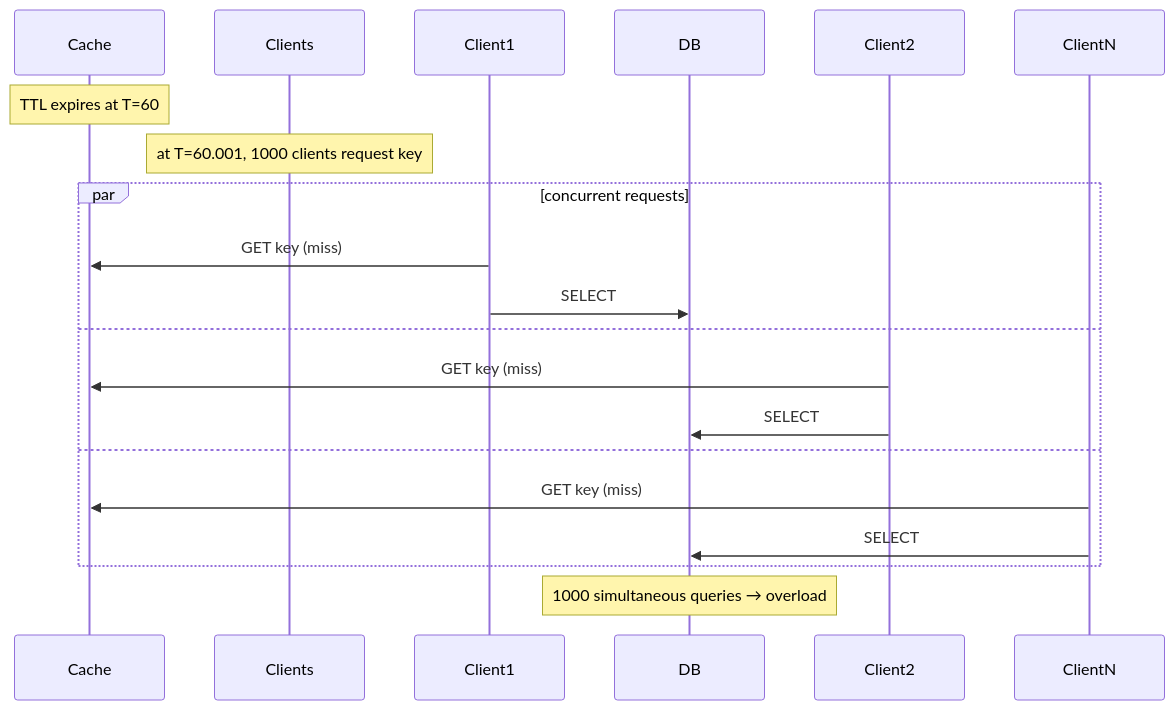
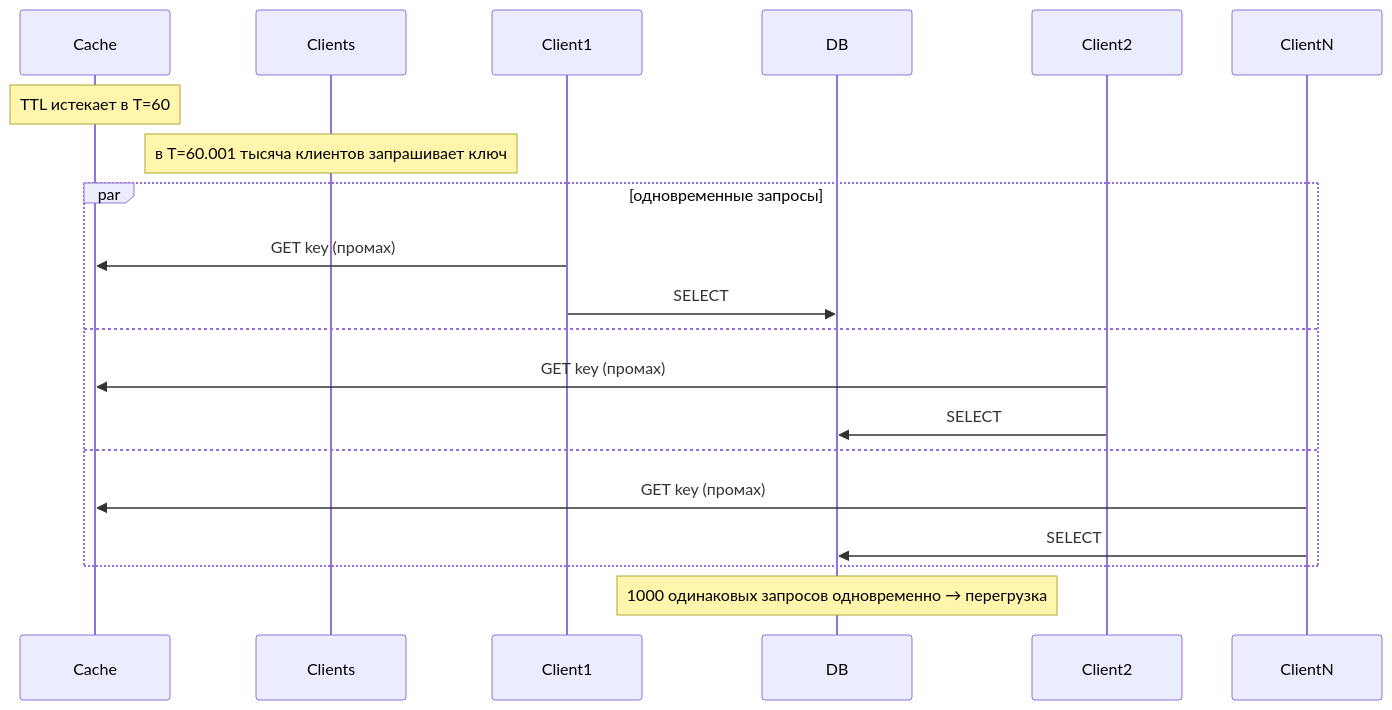
One commit to fev0ks/LearnGoLang changed the fourth of 6 diagrams in docs/senior-golang-study/05-system-design/highload-design-patterns.md. Above: the diagram before and after it, drawn with Mermaid. The commit also changed other lines of this file, not shown here.

````diff
--- a/docs/senior-golang-study/05-system-design/highload-design-patterns.md
+++ b/docs/senior-golang-study/05-system-design/highload-design-patterns.md
@@ -550,16 +649,16 @@
 ```mermaid
 sequenceDiagram
-    Note over Cache: TTL expires at T=60
-    Note over Clients: at T=60.001, 1000 clients request key
-    par concurrent requests
-        Client1->>Cache: GET key (miss)
+    Note over Cache: TTL истекает в T=60
+    Note over Clients: в T=60.001 тысяча клиентов запрашивает ключ
+    par одновременные запросы
+        Client1->>Cache: GET key (промах)
         Client1->>DB: SELECT
     and
-        Client2->>Cache: GET key (miss)
+        Client2->>Cache: GET key (промах)
         Client2->>DB: SELECT
     and
-        ClientN->>Cache: GET key (miss)
+        ClientN->>Cache: GET key (промах)
         ClientN->>DB: SELECT
     end
-    Note over DB: 1000 simultaneous queries → overload
+    Note over DB: 1000 одинаковых запросов одновременно → перегрузка
 ```
````
